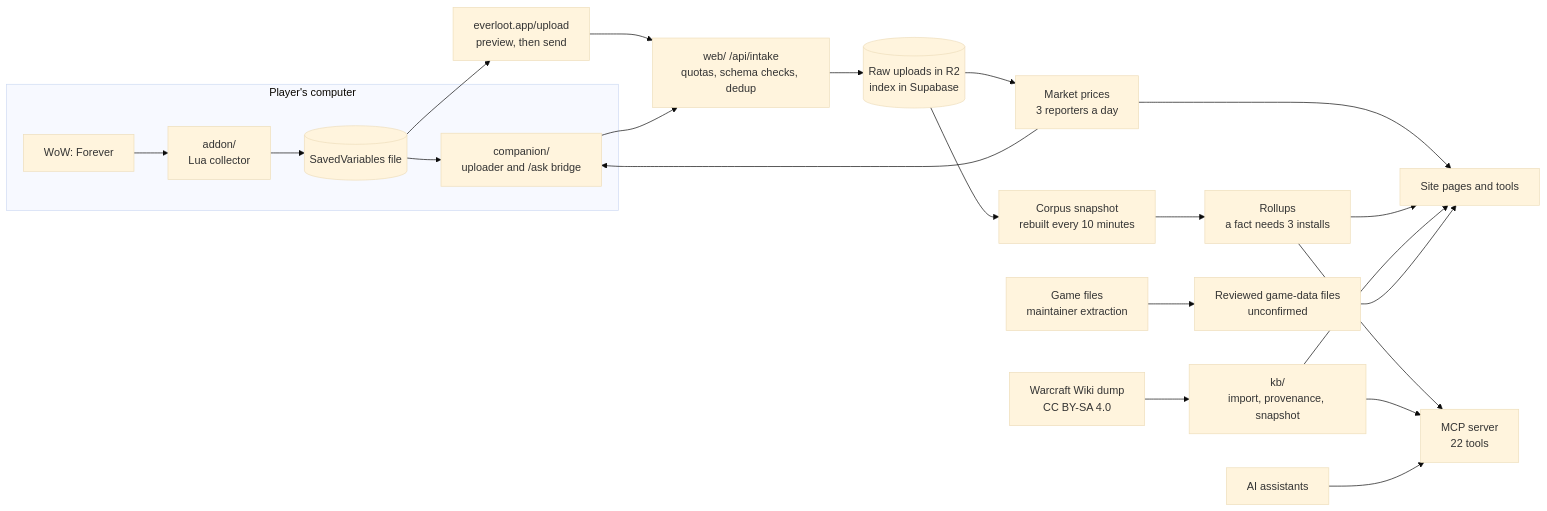
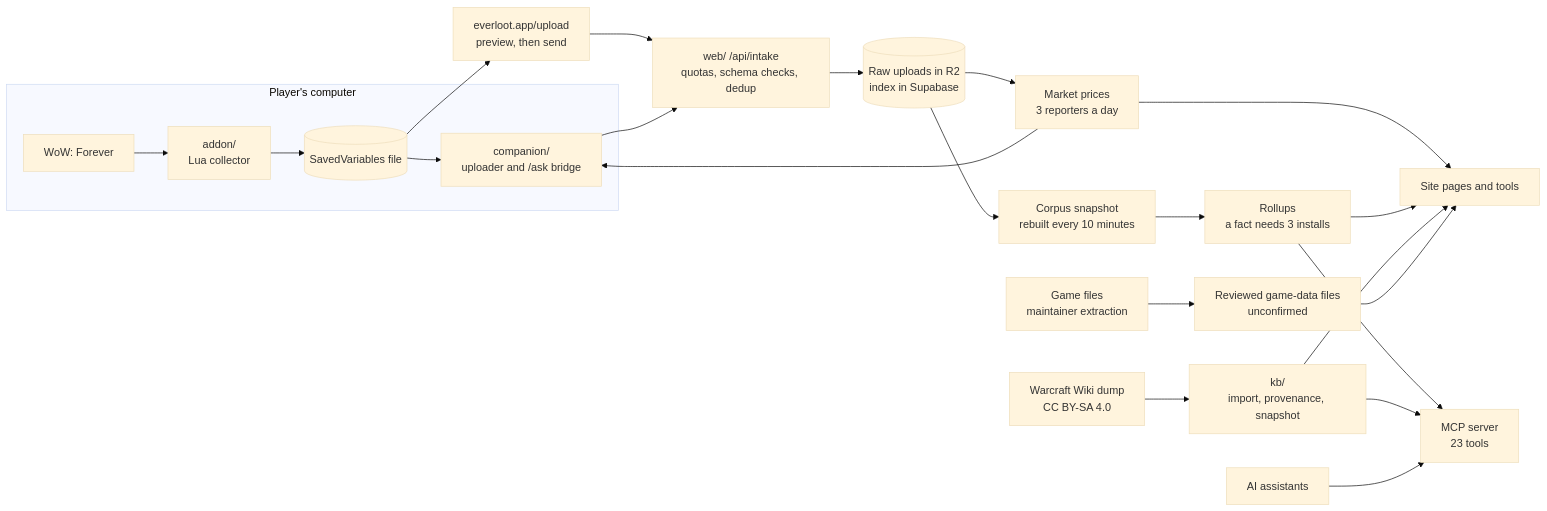
Before and after one commit to CDVolvik/everloot: the diagram in README.md, drawn with Mermaid (base theme). The commit also changed other lines of this file and 13 other files, not shown here.

````diff
--- a/README.md
+++ b/README.md
@@ -81,25 +81,25 @@
 ```mermaid
 flowchart LR
   subgraph player["Player's computer"]
     game["WoW: Forever"] --> addon["addon/<br/>Lua collector"]
     addon --> sv[("SavedVariables file")]
     sv --> companion["companion/<br/>uploader and /ask bridge"]
   end
   sv --> upload["everloot.app/upload<br/>preview, then send"]
   upload --> intake["web/ /api/intake<br/>quotas, schema checks, dedup"]
   companion --> intake
   intake --> store[("Raw uploads in R2<br/>index in Supabase")]
   store --> corpus["Corpus snapshot<br/>rebuilt every 10 minutes"]
   corpus --> rollups["Rollups<br/>a fact needs 3 installs"]
   store --> market["Market prices<br/>3 reporters a day"]
   market --> site
   market --> companion
   rollups --> site["Site pages and tools"]
-  rollups --> mcp["MCP server<br/>22 tools"]
+  rollups --> mcp["MCP server<br/>23 tools"]
   wiki["Warcraft Wiki dump<br/>CC BY-SA 4.0"] --> kb["kb/<br/>import, provenance, snapshot"]
   files["Game files<br/>maintainer extraction"] --> gamedata["Reviewed game-data files<br/>unconfirmed"]
   kb --> site
   kb --> mcp
   gamedata --> site
   assistant["AI assistants"] --> mcp
 ```
````
